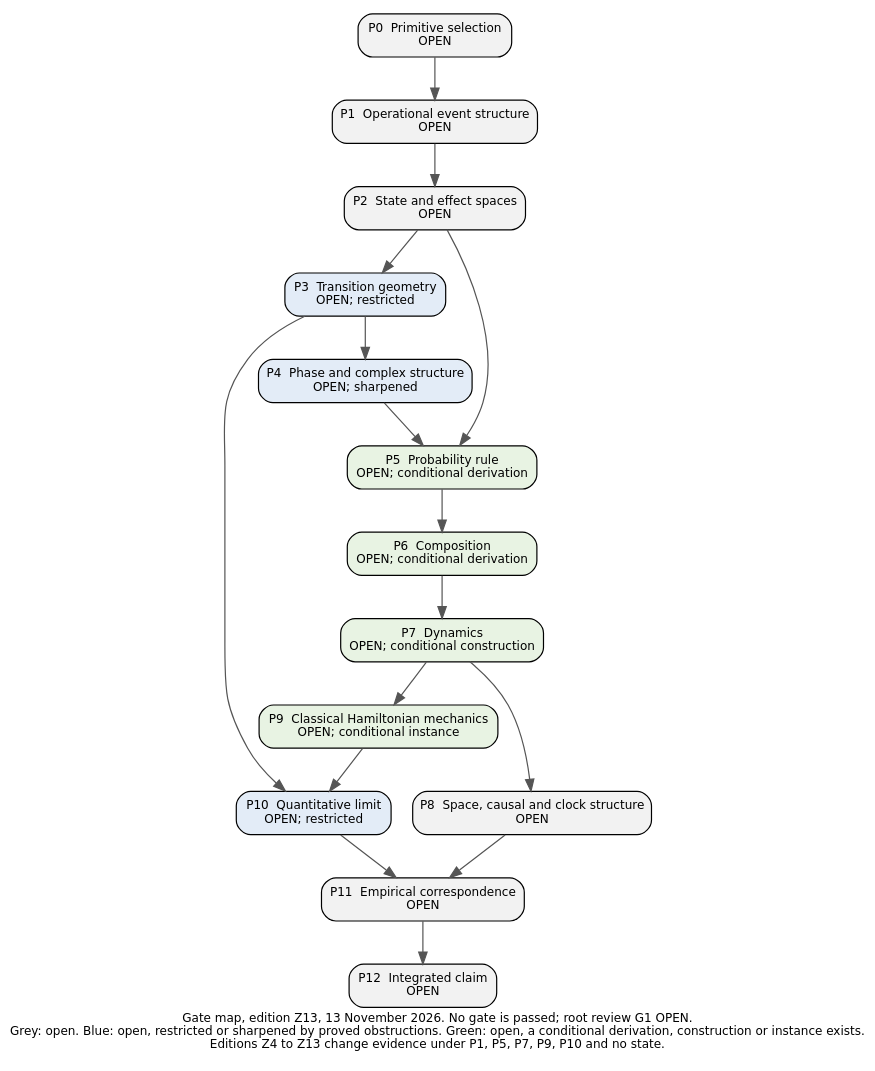
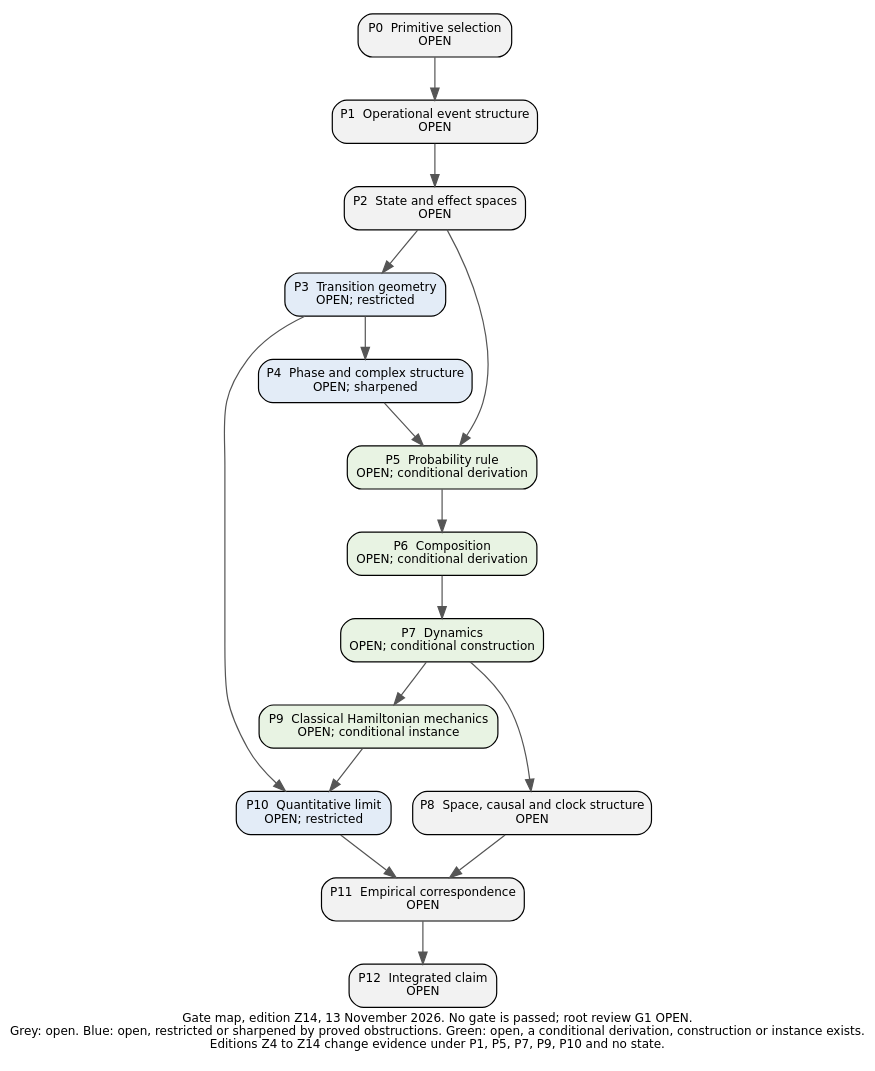
The diagram in edition/PROGRAM/figures/Gate_Map_2026-11-13.dot (KirtusJ/From-Prephysical-Hypotheses-to-Physical-Models), drawn with Graphviz before and after one commit. The commit also changed 66 other files, not shown here.

```diff
--- a/edition/PROGRAM/figures/Gate_Map_2026-11-13.dot
+++ b/edition/PROGRAM/figures/Gate_Map_2026-11-13.dot
@@ -1,30 +1,30 @@
-digraph G { rankdir=TB; node [shape=box, style="filled,rounded", fontname="DejaVu Sans", fontsize=10, margin="0.12,0.07"]; edge [color="#555555"]; label="Gate map, edition Z13, 13 November 2026. No gate is passed; root review G1 OPEN.\nGrey: open. Blue: open, restricted or sharpened by proved obstructions. Green: open, a conditional derivation, construction or instance exists.\nEditions Z4 to Z13 change evidence under P1, P5, P7, P9, P10 and no state."; fontname="DejaVu Sans"; fontsize=10; labelloc=b;
+digraph G { rankdir=TB; node [shape=box, style="filled,rounded", fontname="DejaVu Sans", fontsize=10, margin="0.12,0.07"]; edge [color="#555555"]; label="Gate map, edition Z14, 13 November 2026. No gate is passed; root review G1 OPEN.\nGrey: open. Blue: open, restricted or sharpened by proved obstructions. Green: open, a conditional derivation, construction or instance exists.\nEditions Z4 to Z14 change evidence under P1, P5, P7, P9, P10 and no state."; fontname="DejaVu Sans"; fontsize=10; labelloc=b;
 P0 [label="P0  Primitive selection\nOPEN", fillcolor="#f2f2f2"];
 P1 [label="P1  Operational event structure\nOPEN", fillcolor="#f2f2f2"];
 P2 [label="P2  State and effect spaces\nOPEN", fillcolor="#f2f2f2"];
 P3 [label="P3  Transition geometry\nOPEN; restricted", fillcolor="#e3ecf7"];
 P4 [label="P4  Phase and complex structure\nOPEN; sharpened", fillcolor="#e3ecf7"];
 P5 [label="P5  Probability rule\nOPEN; conditional derivation", fillcolor="#e8f3e3"];
 P6 [label="P6  Composition\nOPEN; conditional derivation", fillcolor="#e8f3e3"];
 P7 [label="P7  Dynamics\nOPEN; conditional construction", fillcolor="#e8f3e3"];
 P8 [label="P8  Space, causal and clock structure\nOPEN", fillcolor="#f2f2f2"];
 P9 [label="P9  Classical Hamiltonian mechanics\nOPEN; conditional instance", fillcolor="#e8f3e3"];
 P10 [label="P10  Quantitative limit\nOPEN; restricted", fillcolor="#e3ecf7"];
 P11 [label="P11  Empirical correspondence\nOPEN", fillcolor="#f2f2f2"];
 P12 [label="P12  Integrated claim\nOPEN", fillcolor="#f2f2f2"];
 P0 -> P1;
 P1 -> P2;
 P2 -> P3;
 P3 -> P4;
 P2 -> P5;
 P4 -> P5;
 P5 -> P6;
 P6 -> P7;
 P7 -> P8;
 P7 -> P9;
 P3 -> P10;
 P9 -> P10;
 P8 -> P11;
 P10 -> P11;
 P11 -> P12;
 }
```
